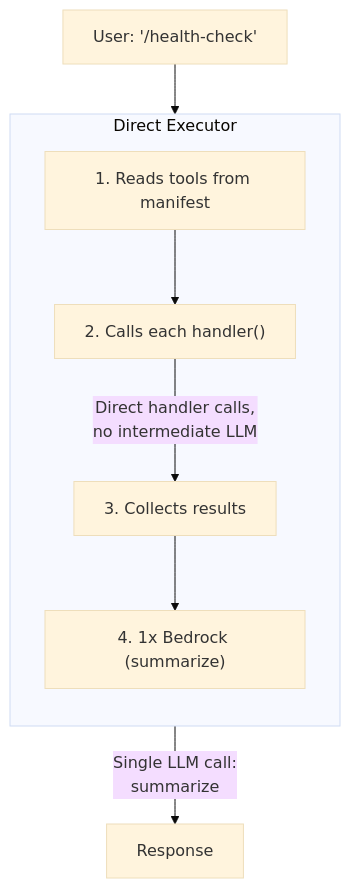
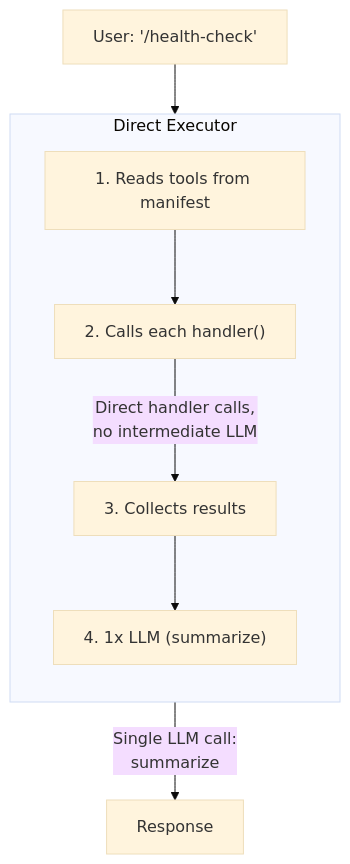
Before and after one commit to phbruce/agentrun: diagram 22 of 31 in docs/book/agentrun-book.md, drawn with Mermaid (base theme). The commit also changed other lines of this file, not shown here.

````diff
--- a/docs/book/agentrun-book.md
+++ b/docs/book/agentrun-book.md
@@ -3349,18 +3302,18 @@
 ```mermaid
 flowchart TB
     U["User: '/health-check'"]
     U --> DE
 
     subgraph DE["Direct Executor"]
         direction TB
         S1["1. Reads tools from manifest"]
         S2["2. Calls each handler()"]
         S3["3. Collects results"]
-        S4["4. 1x Bedrock (summarize)"]
+        S4["4. 1x LLM (summarize)"]
         S1 --> S2
         S2 -->|"Direct handler calls,\nno intermediate LLM"| S3
         S3 --> S4
     end
 
     S4 -->|"Single LLM call:\nsummarize"| R["Response"]
 ```
````
